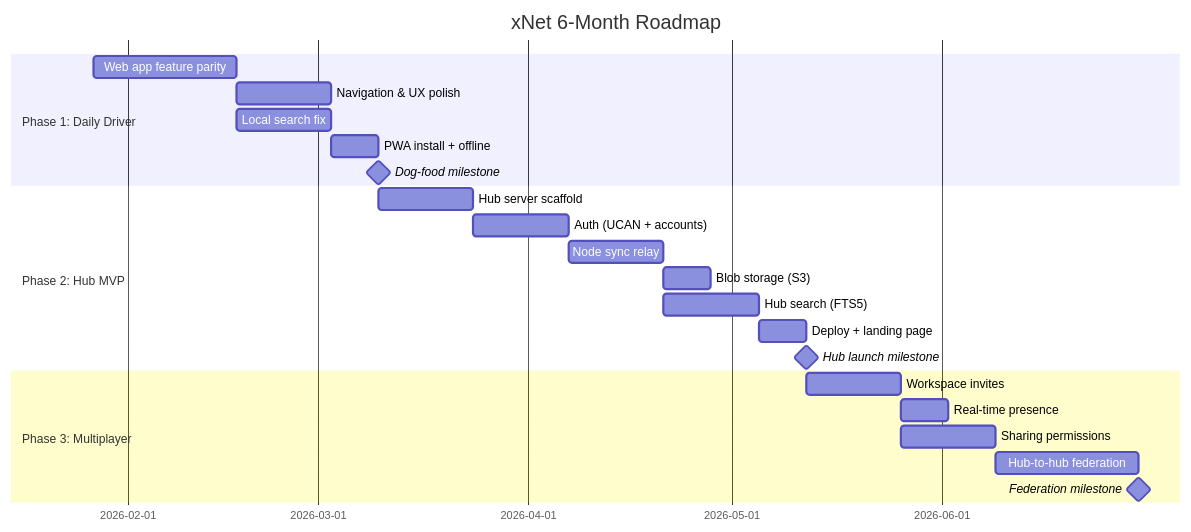
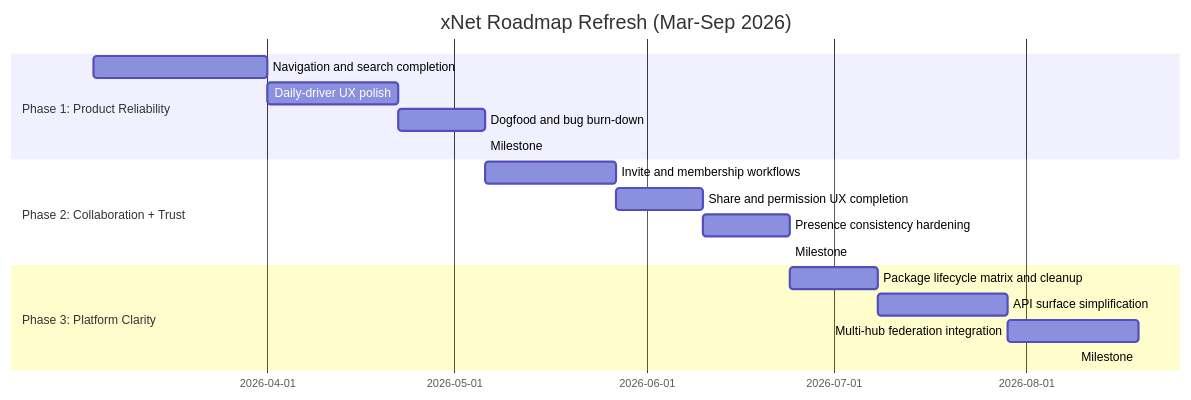
The diagram in docs/ROADMAP.md (crs48/xNet), drawn with Mermaid before and after one commit. The commit also changed other lines of this file and 2 other files, not shown here.

Commit message:
docs(roadmap): refresh plan and align docs status

````diff
--- a/docs/ROADMAP.md
+++ b/docs/ROADMAP.md
@@ -48,28 +65,23 @@
 ```mermaid
 gantt
-    title xNet 6-Month Roadmap
+    title xNet Roadmap Refresh (Mar-Sep 2026)
     dateFormat  YYYY-MM-DD
 
-    section Phase 1: Daily Driver
-    Web app feature parity       :p1a, 2026-01-27, 3w
-    Navigation & UX polish       :p1b, after p1a, 2w
-    Local search fix             :p1c, after p1a, 2w
-    PWA install + offline        :p1d, after p1b, 1w
-    Dog-food milestone           :milestone, after p1d, 0d
+    section Phase 1: Product Reliability
+    Navigation and search completion     :p1a, 2026-03-04, 4w
+    Daily-driver UX polish               :p1b, after p1a, 3w
+    Dogfood and bug burn-down            :p1c, after p1b, 2w
+    Milestone: Daily-driver confidence   :milestone, after p1c, 0d
 
-    section Phase 2: Hub MVP
-    Hub server scaffold          :p2a, after p1d, 2w
-    Auth (UCAN + accounts)       :p2b, after p2a, 2w
-    Node sync relay              :p2c, after p2b, 2w
-    Blob storage (S3)            :p2d, after p2c, 1w
-    Hub search (FTS5)            :p2e, after p2c, 2w
-    Deploy + landing page        :p2f, after p2e, 1w
-    Hub launch milestone         :milestone, after p2f, 0d
+    section Phase 2: Collaboration + Trust
+    Invite and membership workflows      :p2a, after p1c, 3w
+    Share and permission UX completion   :p2b, after p2a, 2w
+    Presence consistency hardening        :p2c, after p2b, 2w
+    Milestone: Team-ready collaboration  :milestone, after p2c, 0d
 
-    section Phase 3: Multiplayer
-    Workspace invites            :p3a, after p2f, 2w
-    Real-time presence           :p3b, after p3a, 1w
-    Sharing permissions          :p3c, after p3a, 2w
-    Hub-to-hub federation        :p3d, after p3c, 3w
-    Federation milestone         :milestone, after p3d, 0d
+    section Phase 3: Platform Clarity
+    Package lifecycle matrix and cleanup :p3a, after p2c, 2w
+    API surface simplification           :p3b, after p3a, 3w
+    Multi-hub federation integration     :p3c, after p3b, 3w
+    Milestone: v1 operator-ready platform:milestone, after p3c, 0d
 ```
````
